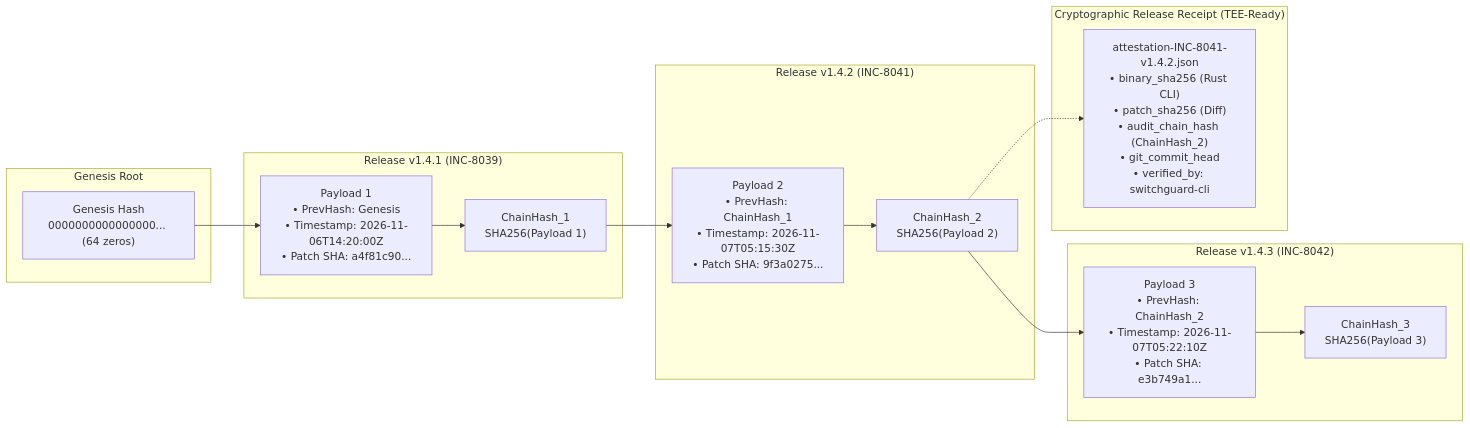
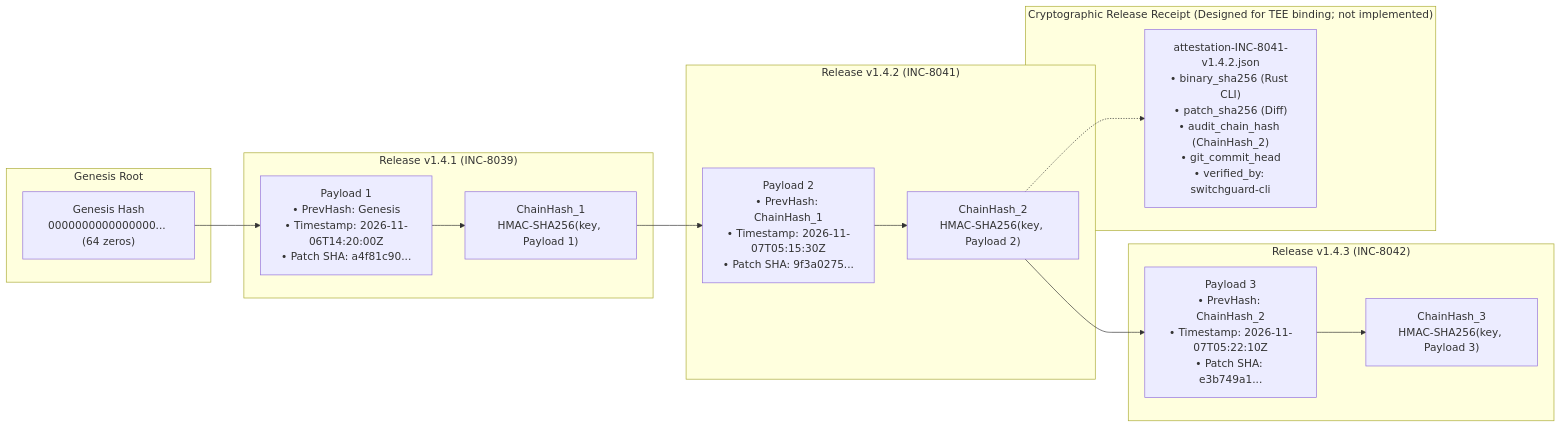
The fourth of 4 diagrams in BLOG.md (Anshulkaocde123/switchguard-sre), drawn with Mermaid before and after one commit. The commit also changed other lines of this file and 13 other files, not shown here.

Commit message:
Phase 3: Keyed HMAC-SHA256 audit chain, --expect-head truncation defense, tamper tests, and honest TEE relabeling

````diff
--- a/BLOG.md
+++ b/BLOG.md
@@ -134,27 +134,27 @@
 ```mermaid
 flowchart LR
     subgraph Genesis["Genesis Root"]
         G["Genesis Hash\n0000000000000000... (64 zeros)"]
     end
 
     subgraph Release1["Release v1.4.1 (INC-8039)"]
-        R1Payload["Payload 1\n• PrevHash: Genesis\n• Timestamp: 2026-11-06T14:20:00Z\n• Patch SHA: a4f81c90..."] --> R1Hash["ChainHash_1\nSHA256(Payload 1)"]
+        R1Payload["Payload 1\n• PrevHash: Genesis\n• Timestamp: 2026-11-06T14:20:00Z\n• Patch SHA: a4f81c90..."] --> R1Hash["ChainHash_1\nHMAC-SHA256(key, Payload 1)"]
     end
 
     subgraph Release2["Release v1.4.2 (INC-8041)"]
-        R2Payload["Payload 2\n• PrevHash: ChainHash_1\n• Timestamp: 2026-11-07T05:15:30Z\n• Patch SHA: 9f3a0275..."] --> R2Hash["ChainHash_2\nSHA256(Payload 2)"]
+        R2Payload["Payload 2\n• PrevHash: ChainHash_1\n• Timestamp: 2026-11-07T05:15:30Z\n• Patch SHA: 9f3a0275..."] --> R2Hash["ChainHash_2\nHMAC-SHA256(key, Payload 2)"]
     end
 
     subgraph Release3["Release v1.4.3 (INC-8042)"]
-        R3Payload["Payload 3\n• PrevHash: ChainHash_2\n• Timestamp: 2026-11-07T05:22:10Z\n• Patch SHA: e3b749a1..."] --> R3Hash["ChainHash_3\nSHA256(Payload 3)"]
+        R3Payload["Payload 3\n• PrevHash: ChainHash_2\n• Timestamp: 2026-11-07T05:22:10Z\n• Patch SHA: e3b749a1..."] --> R3Hash["ChainHash_3\nHMAC-SHA256(key, Payload 3)"]
     end
 
-    subgraph AttestationReceipt["Cryptographic Release Receipt (TEE-Ready)"]
+    subgraph AttestationReceipt["Cryptographic Release Receipt (Designed for TEE binding; not implemented)"]
         Receipt["attestation-INC-8041-v1.4.2.json\n• binary_sha256 (Rust CLI)\n• patch_sha256 (Diff)\n• audit_chain_hash (ChainHash_2)\n• git_commit_head\n• verified_by: switchguard-cli"]
     end
 
     G --> R1Payload
     R1Hash --> R2Payload
     R2Hash --> R3Payload
     R2Hash -.-> Receipt
 ```
````
